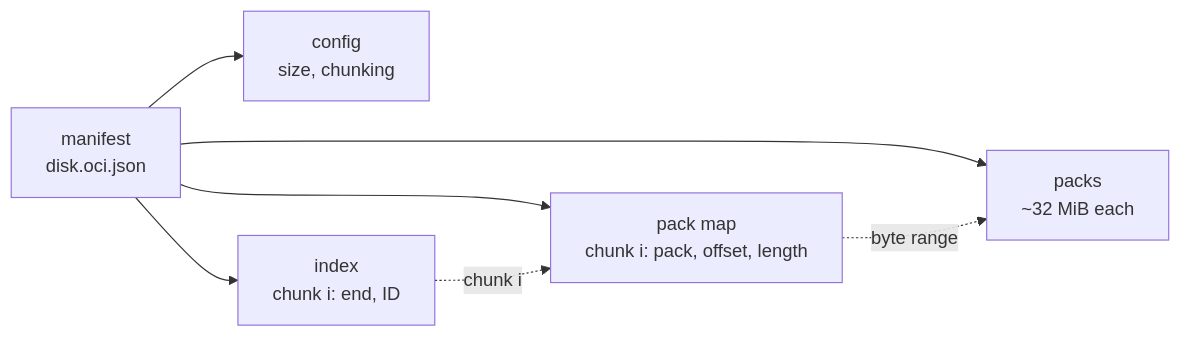
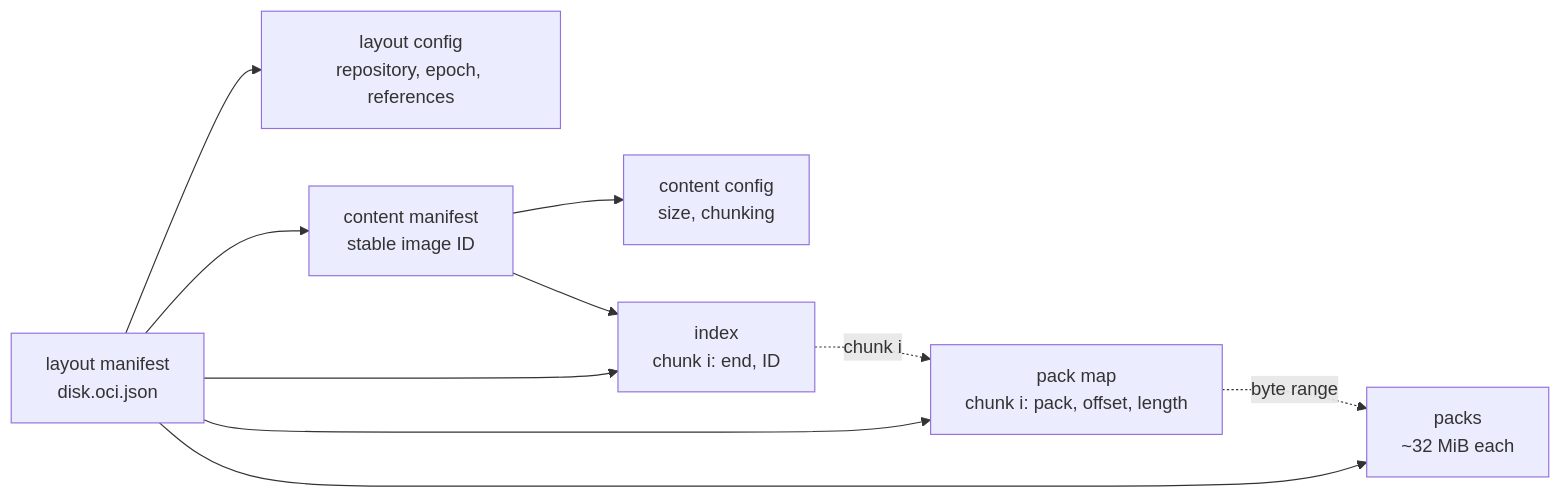
One commit to exordos/exordos_image_format changed the first of 3 diagrams in README.md. Above: the diagram before and after it, drawn with Mermaid. The commit also changed other lines of this file and 119 other files, not shown here.

````diff
--- a/README.md
+++ b/README.md
@@ -65,10 +65,13 @@
 ```mermaid
 flowchart LR
-    M["manifest<br/>disk.oci.json"]
-    M --> C["config<br/>size, chunking"]
+    M["layout manifest<br/>disk.oci.json"]
+    M --> LC["layout config<br/>repository, epoch, references"]
+    M --> CM["content manifest<br/>stable image ID"]
+    CM --> C["content config<br/>size, chunking"]
+    CM --> I
     M --> I["index<br/>chunk i: end, ID"]
     M --> PM["pack map<br/>chunk i: pack, offset, length"]
     M --> P["packs<br/>~32 MiB each"]
     I -. "chunk i" .-> PM
     PM -. "byte range" .-> P
 ```
````
